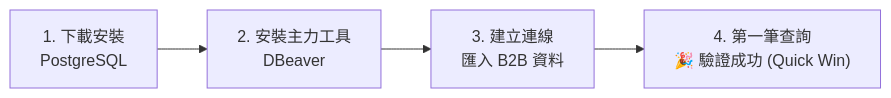
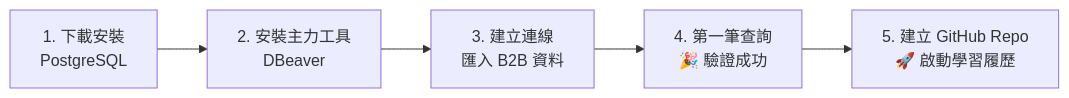
The first of 2 diagrams in 轉職計畫/01_Month01_SQL基礎/01_環境建置_PostgreSQL安裝與DBeaver連線.md (rosf000/B2B-SQL), drawn with Mermaid before and after one commit. The commit also changed other lines of this file and 12 other files, not shown here.

````diff
--- a/轉職計畫/01_Month01_SQL基礎/01_環境建置_PostgreSQL安裝與DBeaver連線.md
+++ b/轉職計畫/01_Month01_SQL基礎/01_環境建置_PostgreSQL安裝與DBeaver連線.md
@@ -11,6 +10,7 @@
 ```mermaid
 flowchart LR
     Step1["1. 下載安裝<br/>PostgreSQL"] --> Step2["2. 安裝主力工具<br/>DBeaver"]
     Step2 --> Step3["3. 建立連線<br/>匯入 B2B 資料"]
-    Step3 --> Step4["4. 第一筆查詢<br/>🎉 驗證成功 (Quick Win)"]
+    Step3 --> Step4["4. 第一筆查詢<br/>🎉 驗證成功"]
+    Step4 --> Step5["5. 建立 GitHub Repo<br/>🚀 啟動學習履歷"]
 ```
````
